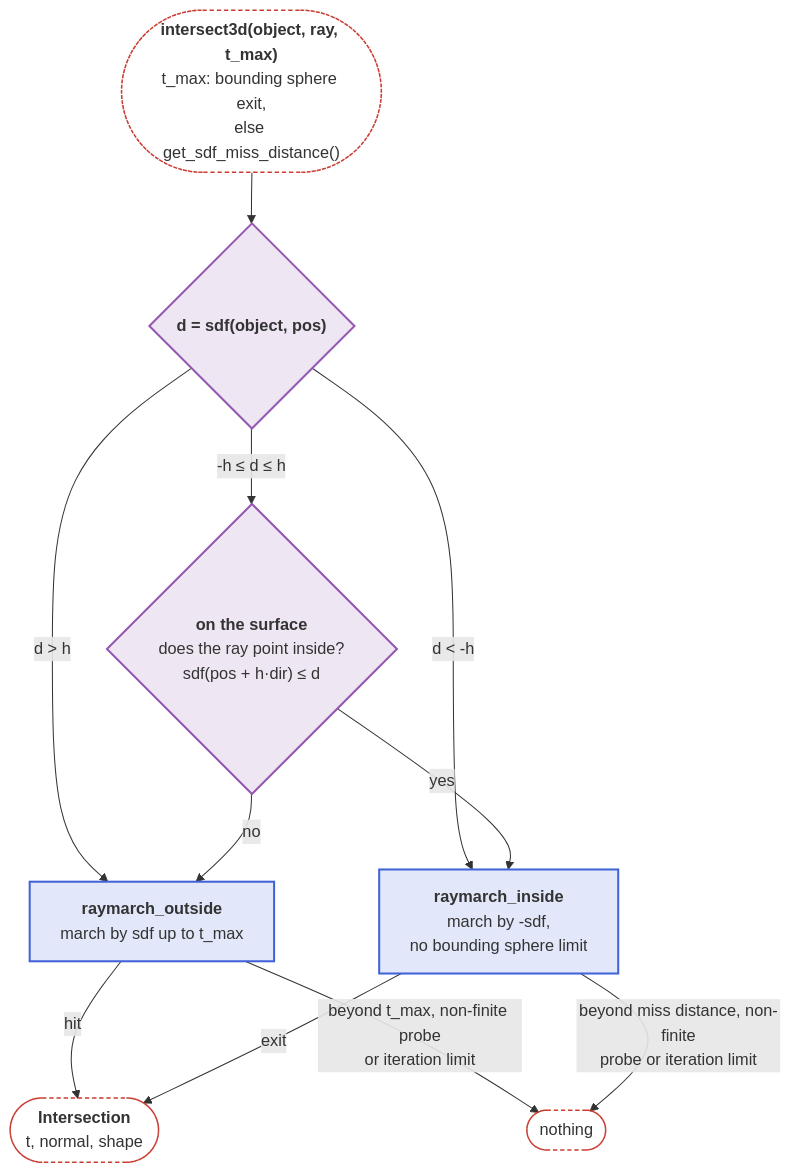
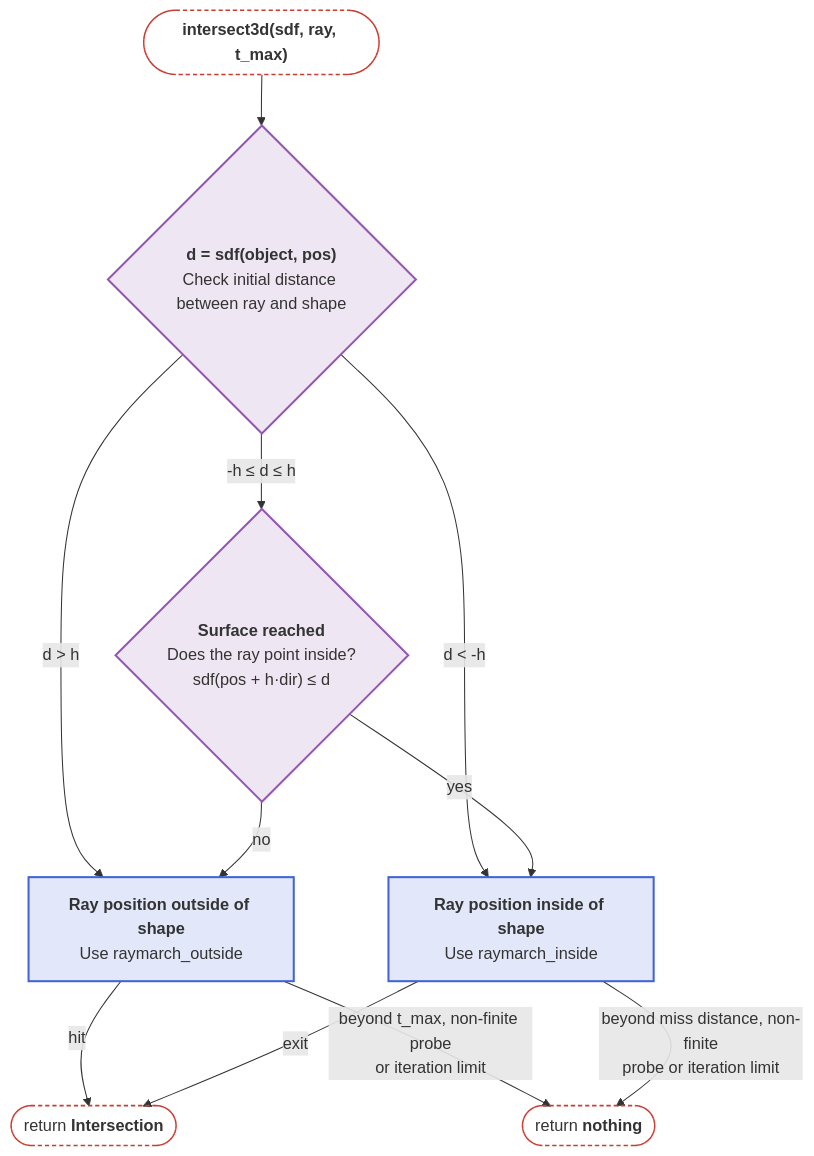
Before and after one commit to JuliaPhysics/BeamletOptics.jl: the diagram in docs/src/api/sdfs.md, drawn with Mermaid. The commit also changed other lines of this file and 94 other files, not shown here.

````diff
--- a/docs/src/api/sdfs.md
+++ b/docs/src/api/sdfs.md
@@ -44,29 +44,29 @@
 ```mermaid
 flowchart TB
-    S(["<b>intersect3d(object, ray, t_max)</b><br/>t_max: bounding sphere exit,<br/>else get_sdf_miss_distance()"])
-    D{"<b>d = sdf(object, pos)</b>"}
-    R{"<b>on the surface</b><br/>does the ray point inside?<br/>sdf(pos + h·dir) ≤ d"}
-    O["<b>raymarch_outside</b><br/>march by sdf up to t_max"]
-    I["<b>raymarch_inside</b><br/>march by -sdf,<br/>no bounding sphere limit"]
-    H(["<b>Intersection</b><br/>t, normal, shape"])
-    M(["nothing"])
+    S(["<b>intersect3d(sdf, ray, t_max)</b>"])
+    D{"<b>d = sdf(object, pos)</b><br/>Check initial distance between ray and shape"}
+    R{"<b>Surface reached</b><br/>Does the ray point inside?<br/>sdf(pos + h·dir) ≤ d"}
+    O["<b>Ray position outside of shape</b><br/>Use raymarch_outside"]
+    I["<b>Ray position inside of shape</b><br/>Use raymarch_inside"]
+    H(["return <b>Intersection</b>"])
+    M(["return <b>nothing</b>"])
 
     S --> D
     D -- "d > h" --> O
     D -- "d #lt; -h" --> I
     D -- "-h ≤ d ≤ h" --> R
     R -- yes --> I
     R -- no --> O
     O -- "hit" --> H
     I -- "exit" --> H
     O -- "beyond t_max, non-finite probe<br/>or iteration limit" --> M
     I -- "beyond miss distance, non-finite<br/>probe or iteration limit" --> M
 
     classDef blue fill:#4063D826,stroke:#4063D8,stroke-width:2px
     classDef green fill:#38982626,stroke:#389826,stroke-width:2px
     classDef purple fill:#9558B226,stroke:#9558B2,stroke-width:2px
     classDef terminal fill:transparent,stroke:#CB3C33,stroke-width:1.5px,stroke-dasharray:4 3
     class O,I blue
     class D,R purple
     class S,H,M terminal
 ```
````
